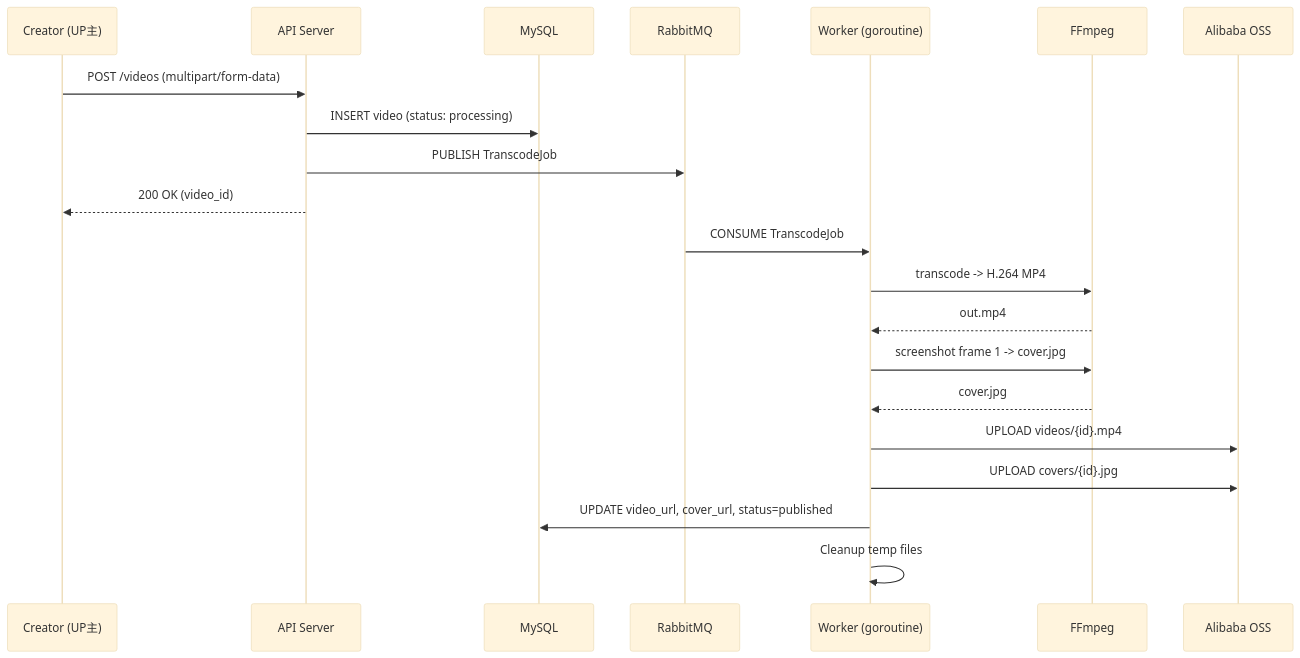
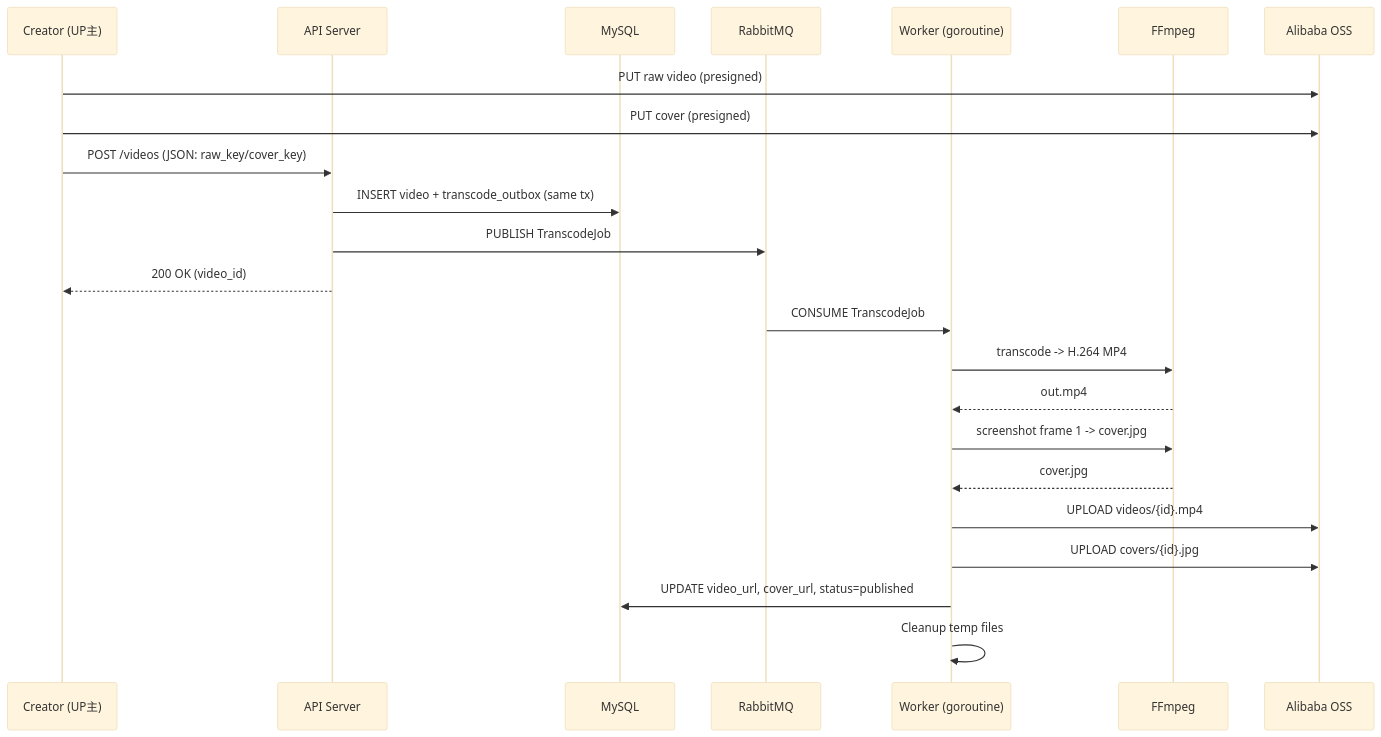
One commit to earthcake2233/cakecake changed the third of 6 diagrams in docs/ARCHITECTURE_EN.md. Above: the diagram before and after it, drawn with Mermaid (base theme). The commit also changed other lines of this file and 84 other files, not shown here.

First line of the commit message:
feat(video): finalize enterprise upload chain — direct-to-OSS only

````diff
--- a/docs/ARCHITECTURE_EN.md
+++ b/docs/ARCHITECTURE_EN.md
@@ -142,25 +142,27 @@
 ```mermaid
 sequenceDiagram
     participant C as Creator (UP主)
     participant API as API Server
     participant DB as MySQL
     participant RMQ as RabbitMQ
     participant W as Worker (goroutine)
     participant FF as FFmpeg
     participant OSS as Alibaba OSS
 
-    C->>API: POST /videos (multipart/form-data)
-    API->>DB: INSERT video (status: processing)
+    C->>OSS: PUT raw video (presigned)
+    C->>OSS: PUT cover (presigned)
+    C->>API: POST /videos (JSON: raw_key/cover_key)
+    API->>DB: INSERT video + transcode_outbox (same tx)
     API->>RMQ: PUBLISH TranscodeJob
     API-->>C: 200 OK (video_id)
 
     RMQ->>W: CONSUME TranscodeJob
     W->>FF: transcode -> H.264 MP4
     FF-->>W: out.mp4
     W->>FF: screenshot frame 1 -> cover.jpg
     FF-->>W: cover.jpg
     W->>OSS: UPLOAD videos/{id}.mp4
     W->>OSS: UPLOAD covers/{id}.jpg
     W->>DB: UPDATE video_url, cover_url, status=published
     W->>W: Cleanup temp files
 ```
````
